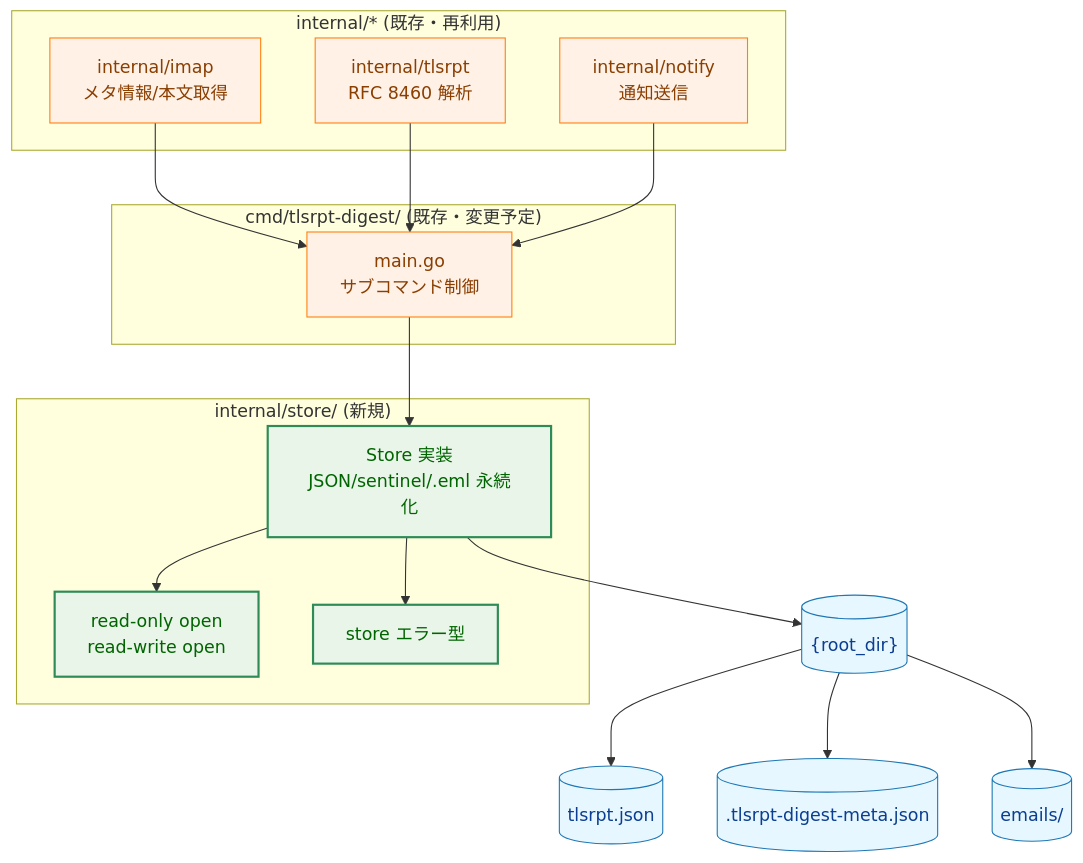
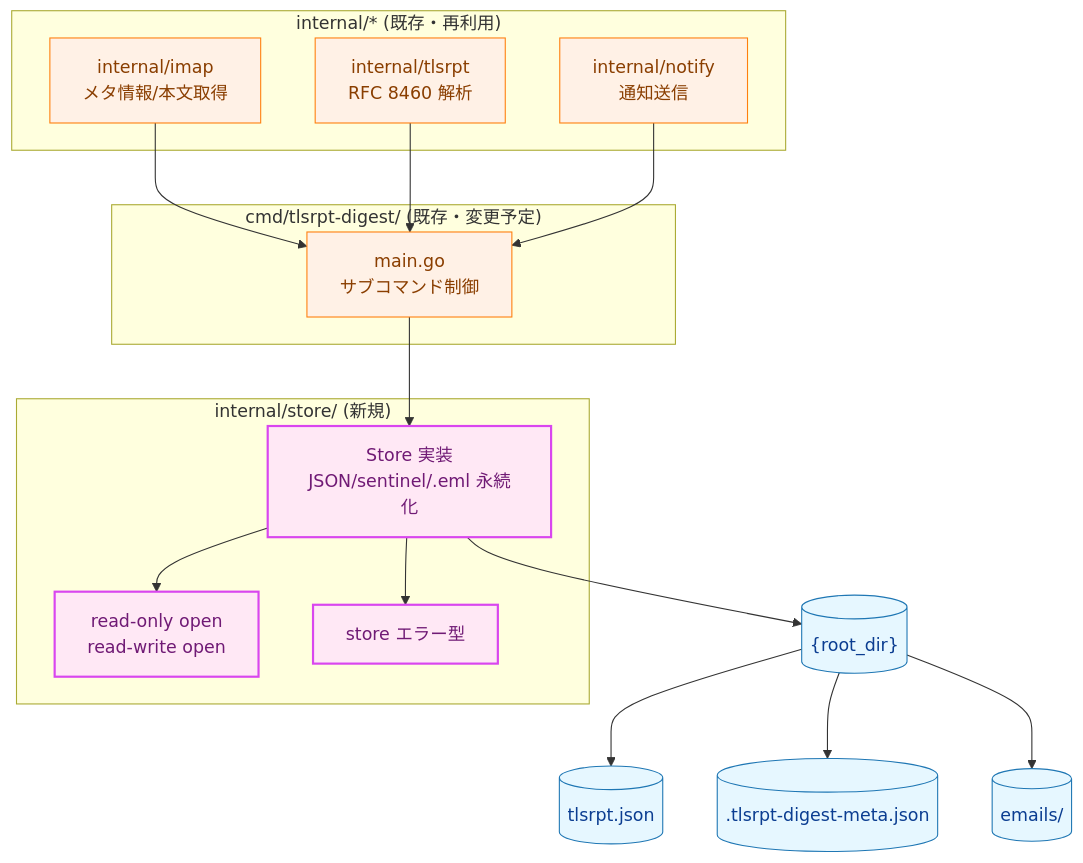
The third of 15 diagrams in docs/tasks/0040_store/02_architecture.md (isseis/tlsrpt-digest), drawn with Mermaid before and after one commit. The commit also changed other lines of this file, not shown here.

First line of the commit message:
docs(store/arch): fix newpkg classDef missing and non-standard colors

````diff
--- a/docs/tasks/0040_store/02_architecture.md
+++ b/docs/tasks/0040_store/02_architecture.md
@@ -80,43 +80,43 @@
 ```mermaid
 graph TB
     classDef data fill:#e6f7ff,stroke:#1f77b4,stroke-width:1px,color:#0b3d91;
     classDef process fill:#fff1e6,stroke:#ff7f0e,stroke-width:1px,color:#8a3e00;
-    classDef enhanced fill:#e8f5e8,stroke:#2e8b57,stroke-width:2px,color:#006400;
+    classDef newpkg fill:#ffe8f5,stroke:#d946ef,stroke-width:2px,color:#701a75;
 
     subgraph cmd_pkg ["cmd/tlsrpt-digest/ (既存・変更予定)"]
         MAIN["main.go<br>サブコマンド制御"]
     end
 
     subgraph store_pkg ["internal/store/ (新規)"]
         SVC["Store 実装<br>JSON/sentinel/.eml 永続化"]
         RT["read-only open<br>read-write open"]
         ERR["store エラー型"]
     end
 
     subgraph ext_pkg ["internal/* (既存・再利用)"]
         IMAP["internal/imap<br>メタ情報/本文取得"]
         TLSRPT["internal/tlsrpt<br>RFC 8460 解析"]
         NOTIFY["internal/notify<br>通知送信"]
     end
 
     ROOT[("{root_dir}")]
     JSON[("tlsrpt.json")]
     SENT[(".tlsrpt-digest-meta.json")]
     EDIR[("emails/")]
 
     MAIN --> SVC
     IMAP --> MAIN
     TLSRPT --> MAIN
     NOTIFY --> MAIN
 
     SVC --> RT
     SVC --> ERR
     SVC --> ROOT
     ROOT --> JSON
     ROOT --> SENT
     ROOT --> EDIR
 
     class ROOT,JSON,SENT,EDIR data
     class MAIN,IMAP,TLSRPT,NOTIFY process
-    class SVC,RT,ERR enhanced
+    class SVC,RT,ERR newpkg
 ```
````
